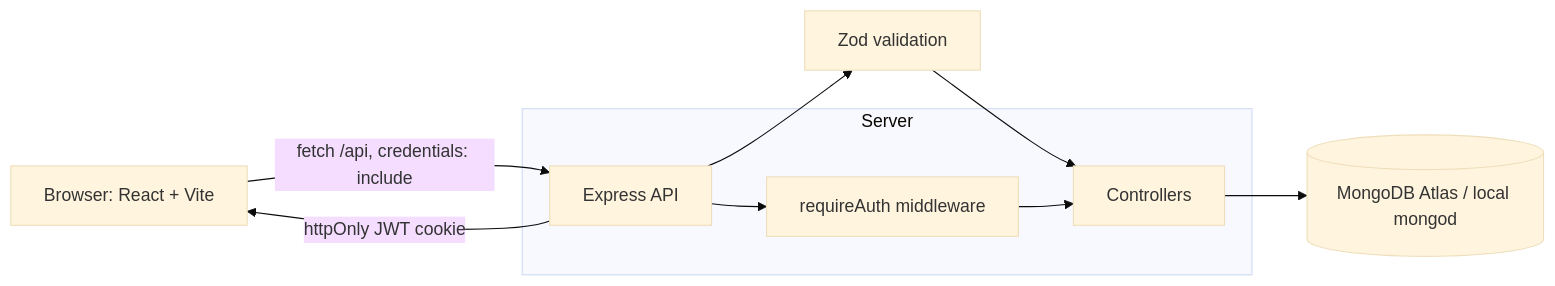
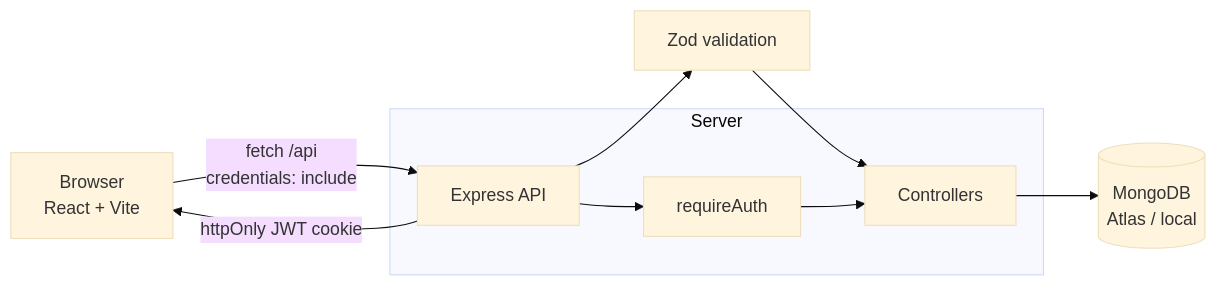
Before and after one commit to mannish01/TaskFlow: the diagram in README.md, drawn with Mermaid (base theme). The commit also changed other lines of this file and 2 other files, not shown here.

````diff
--- a/README.md
+++ b/README.md
@@ -13,12 +76,13 @@
 ```mermaid
 flowchart LR
-  B[Browser: React + Vite] -->|fetch /api, credentials: include| E[Express API]
-  E --> Z[Zod validation]
-  Z --> C[Controllers]
-  C --> M[(MongoDB Atlas / local mongod)]
-  E -->|httpOnly JWT cookie| B
-  subgraph Server
-    E --> A[requireAuth middleware]
-    A --> C
-  end
+    B[Browser<br/>React + Vite] -->|fetch /api<br/>credentials: include| E[Express API]
+    E --> Z[Zod validation]
+    Z --> C[Controllers]
+    C --> M[(MongoDB<br/>Atlas / local)]
+    E -->|httpOnly JWT cookie| B
+
+    subgraph Server
+        E --> A[requireAuth]
+        A --> C
+    end
 ```
````
